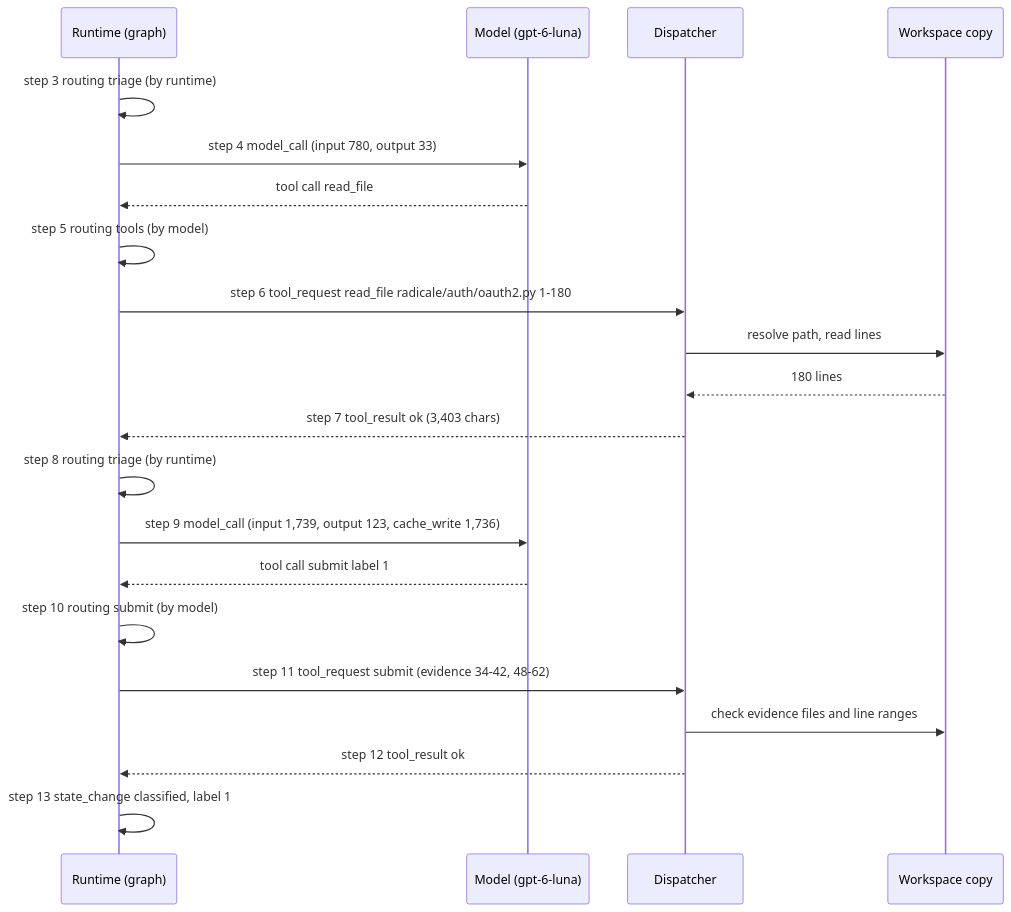
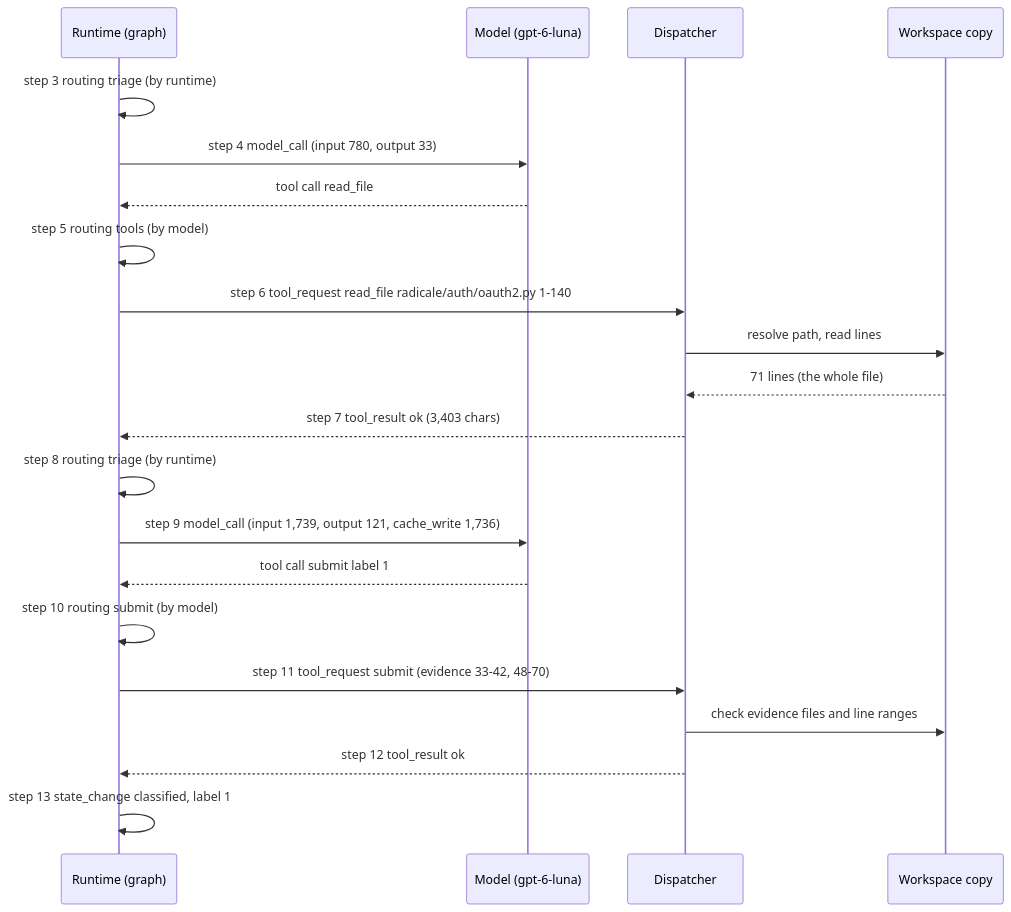
The second of 2 diagrams in REPORT.md (justLxy/Design-of-Production-Agentic-Systems), drawn with Mermaid before and after one commit. The commit also changed other lines of this file and 21 other files, not shown here.

````diff
--- a/REPORT.md
+++ b/REPORT.md
@@ -300,23 +317,23 @@
 ```mermaid
 sequenceDiagram
     participant R as Runtime (graph)
     participant M as Model (gpt-6-luna)
     participant D as Dispatcher
     participant W as Workspace copy
     R->>R: step 3 routing triage (by runtime)
     R->>M: step 4 model_call (input 780, output 33)
     M-->>R: tool call read_file
     R->>R: step 5 routing tools (by model)
-    R->>D: step 6 tool_request read_file radicale/auth/oauth2.py 1-180
+    R->>D: step 6 tool_request read_file radicale/auth/oauth2.py 1-140
     D->>W: resolve path, read lines
-    W-->>D: 180 lines
+    W-->>D: 71 lines (the whole file)
     D-->>R: step 7 tool_result ok (3,403 chars)
     R->>R: step 8 routing triage (by runtime)
-    R->>M: step 9 model_call (input 1,739, output 123, cache_write 1,736)
+    R->>M: step 9 model_call (input 1,739, output 121, cache_write 1,736)
     M-->>R: tool call submit label 1
     R->>R: step 10 routing submit (by model)
-    R->>D: step 11 tool_request submit (evidence 34-42, 48-62)
+    R->>D: step 11 tool_request submit (evidence 33-42, 48-70)
     D->>W: check evidence files and line ranges
     D-->>R: step 12 tool_result ok
     R->>R: step 13 state_change classified, label 1
 ```
````
